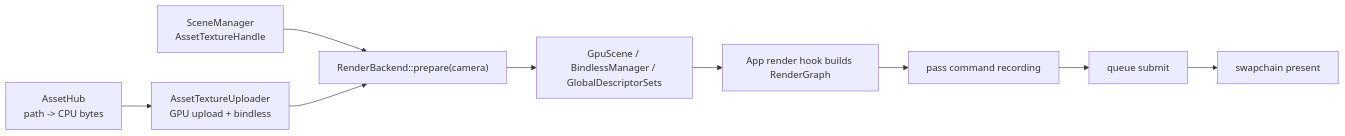
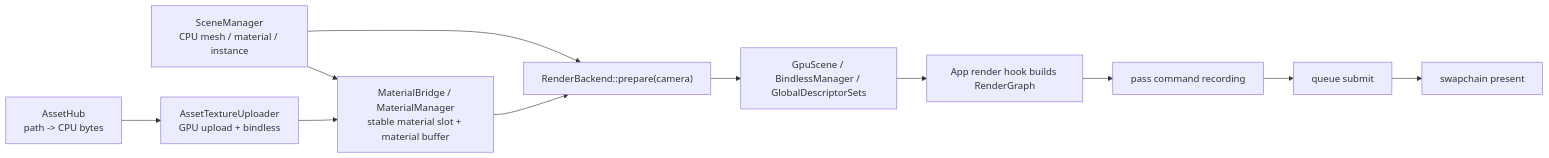
The fifth of 6 diagrams in ARCHITECTURE.md (acccoco/TruvisRenderer), drawn with Mermaid before and after one commit. The commit also changed other lines of this file and 16 other files, not shown here.

````diff
--- a/ARCHITECTURE.md
+++ b/ARCHITECTURE.md
@@ -170,11 +171,13 @@
 ```mermaid
 flowchart LR
     AssetHub["AssetHub<br/>path -> CPU bytes"] --> TextureUploader["AssetTextureUploader<br/>GPU upload + bindless"]
-    Scene["SceneManager<br/>AssetTextureHandle"] --> Prepare["RenderBackend::prepare(camera)"]
-    TextureUploader --> Prepare
+    Scene["SceneManager<br/>CPU mesh / material / instance"] --> MaterialBridge["MaterialBridge / MaterialManager<br/>stable material slot + material buffer"]
+    TextureUploader --> MaterialBridge
+    Scene --> Prepare["RenderBackend::prepare(camera)"]
+    MaterialBridge --> Prepare
     Prepare --> GpuResources["GpuScene / BindlessManager / GlobalDescriptorSets"]
     GpuResources --> BuildGraph["App render hook builds RenderGraph"]
     BuildGraph --> RecordCommands["pass command recording"]
     RecordCommands --> Submit["queue submit"]
     Submit --> Present["swapchain present"]
 ```
````
